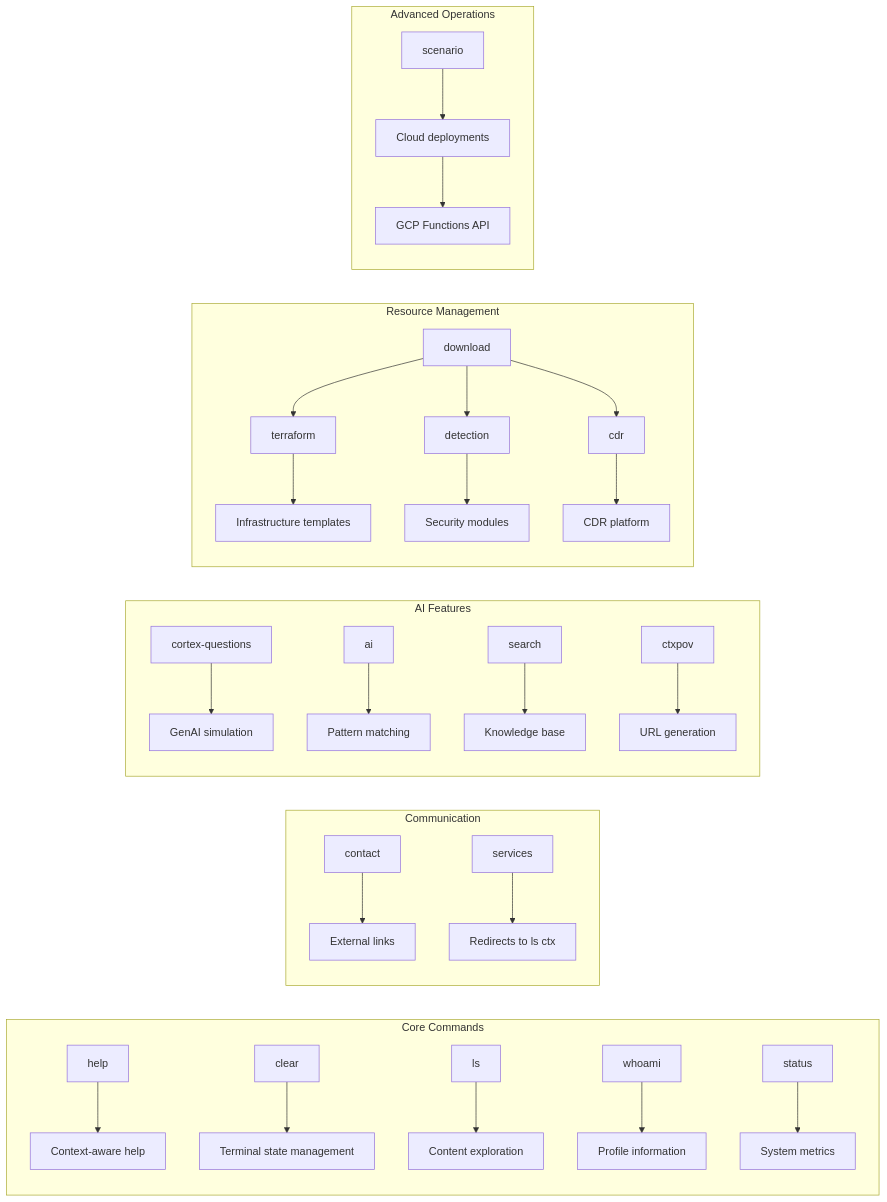
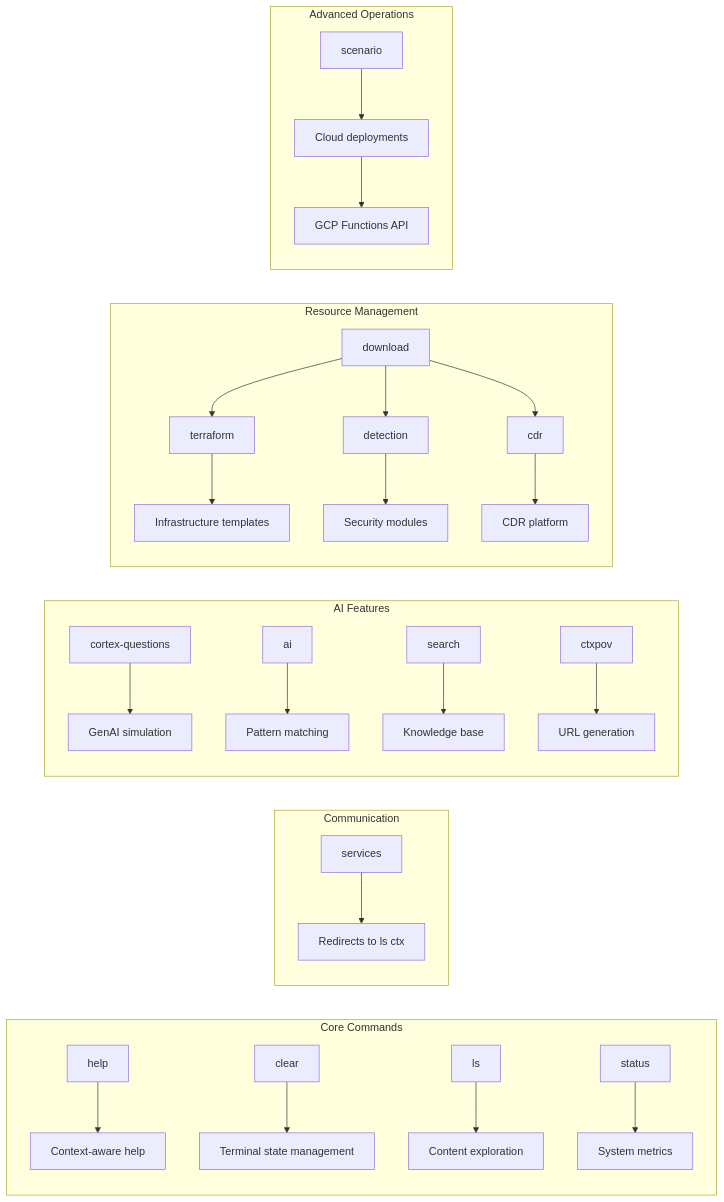
Before and after one commit to hankthebldr/henryreed.ai: the second of 4 diagrams in UNIFIED_SCHEMA_DOCUMENTATION.md, drawn with Mermaid. The commit also changed other lines of this file and 16 other files, not shown here.

````diff
--- a/UNIFIED_SCHEMA_DOCUMENTATION.md
+++ b/UNIFIED_SCHEMA_DOCUMENTATION.md
@@ -171,36 +165,34 @@
 ```mermaid
 graph LR
     subgraph "Core Commands"
         A[help] --> A1[Context-aware help]
         B[clear] --> B1[Terminal state management]
         C[ls] --> C1[Content exploration]
-        D[whoami] --> D1[Profile information]
         E[status] --> E1[System metrics]
     end
     
     subgraph "Communication"
-        F[contact] --> F1[External links]
         G[services] --> G1[Redirects to ls ctx]
     end
     
     subgraph "AI Features"
         H[cortex-questions] --> H1[GenAI simulation]
         I[ai] --> I1[Pattern matching]
         J[search] --> J1[Knowledge base]
         K[ctxpov] --> K1[URL generation]
     end
     
     subgraph "Resource Management"
         L[download] --> M[terraform]
         L --> N[detection]
         L --> O[cdr]
         M --> M1[Infrastructure templates]
         N --> N1[Security modules]
         O --> O1[CDR platform]
     end
     
     subgraph "Advanced Operations"
         P[scenario] --> P1[Cloud deployments]
         P1 --> P2[GCP Functions API]
     end
 ```
````
